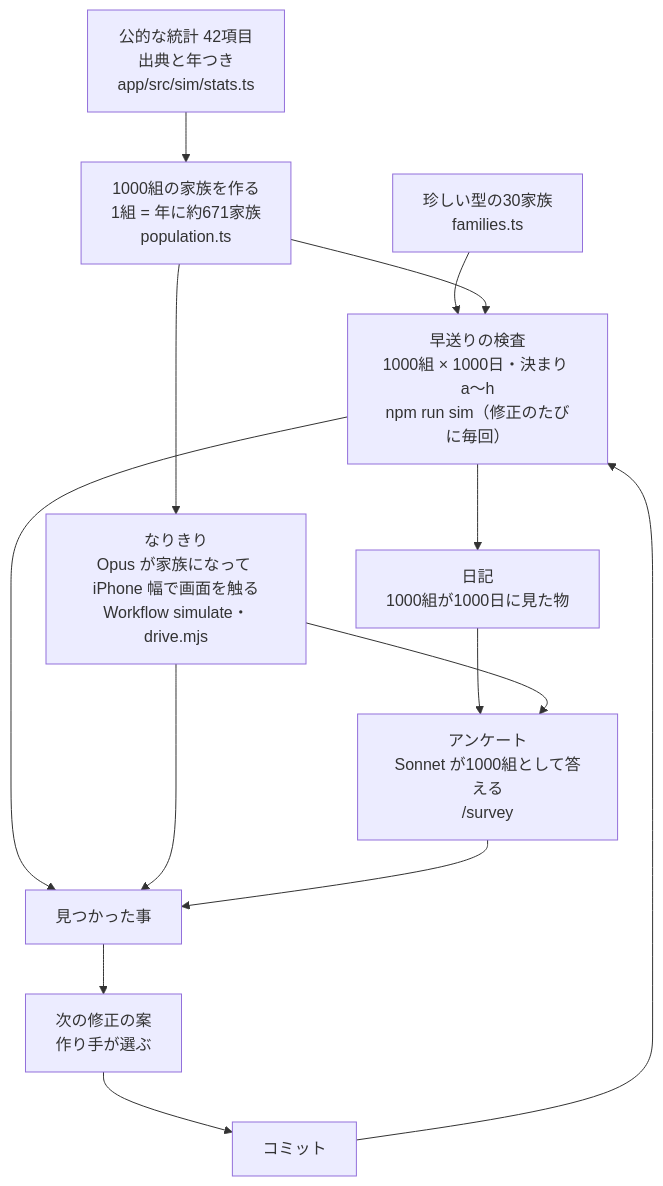
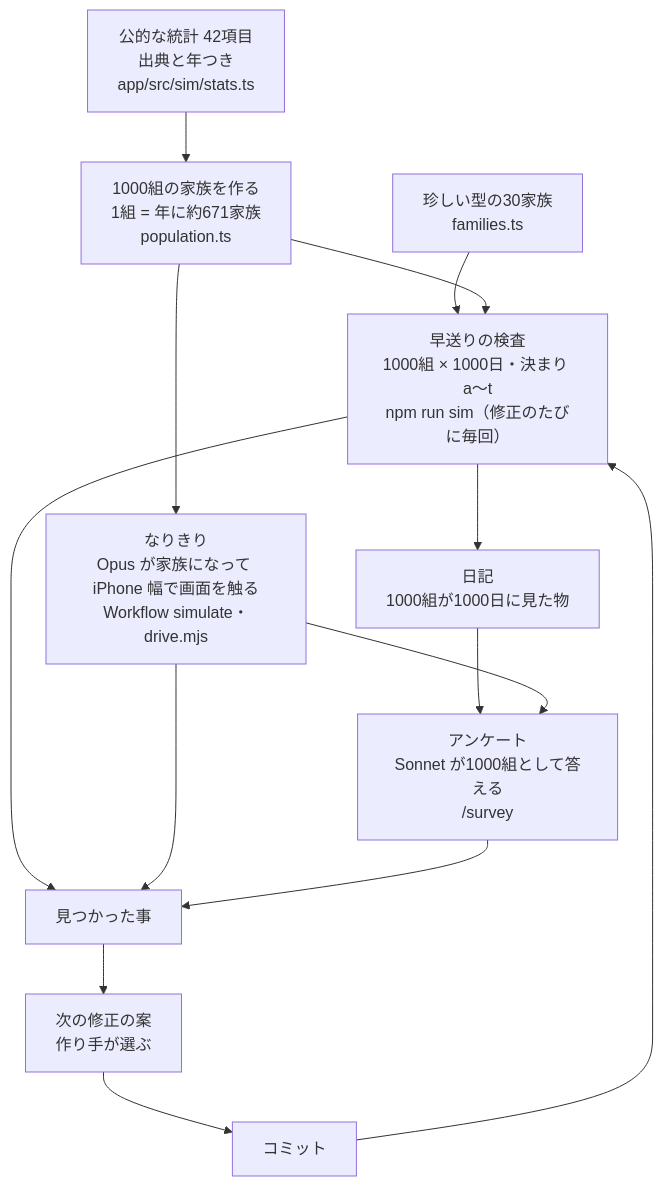
The diagram in docs/BUILT_WITH_CLAUDE_CODE.md (Kamicham/boshi-techo), drawn with Mermaid before and after one commit. The commit also changed other lines of this file and 13 other files, not shown here.

````diff
--- a/docs/BUILT_WITH_CLAUDE_CODE.md
+++ b/docs/BUILT_WITH_CLAUDE_CODE.md
@@ -14,16 +14,16 @@
 ```mermaid
 flowchart TD
   S["公的な統計 42項目<br/>出典と年つき<br/>app/src/sim/stats.ts"] --> P["1000組の家族を作る<br/>1組 = 年に約671家族<br/>population.ts"]
   F["珍しい型の30家族<br/>families.ts"] --> FF
-  P --> FF["早送りの検査<br/>1000組 × 1000日・決まり a〜h<br/>npm run sim（修正のたびに毎回）"]
+  P --> FF["早送りの検査<br/>1000組 × 1000日・決まり a〜t<br/>npm run sim（修正のたびに毎回）"]
   P --> R["なりきり<br/>Opus が家族になって iPhone 幅で画面を触る<br/>Workflow simulate・drive.mjs"]
   FF --> D["日記<br/>1000組が1000日に見た物"]
   D --> Q["アンケート<br/>Sonnet が1000組として答える<br/>/survey"]
   R --> Q
   FF --> K["見つかった事"]
   R --> K
   Q --> K
   K --> Plan["次の修正の案<br/>作り手が選ぶ"]
   Plan --> C["コミット"]
   C --> FF
 ```
````
